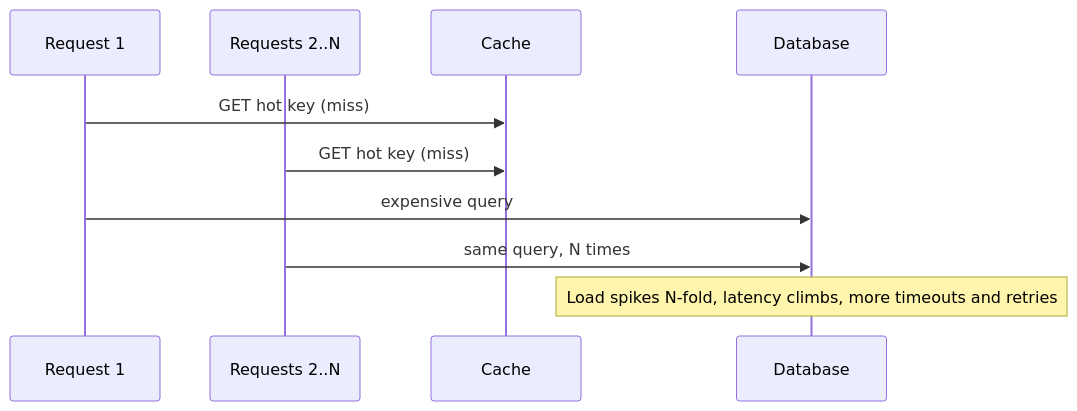
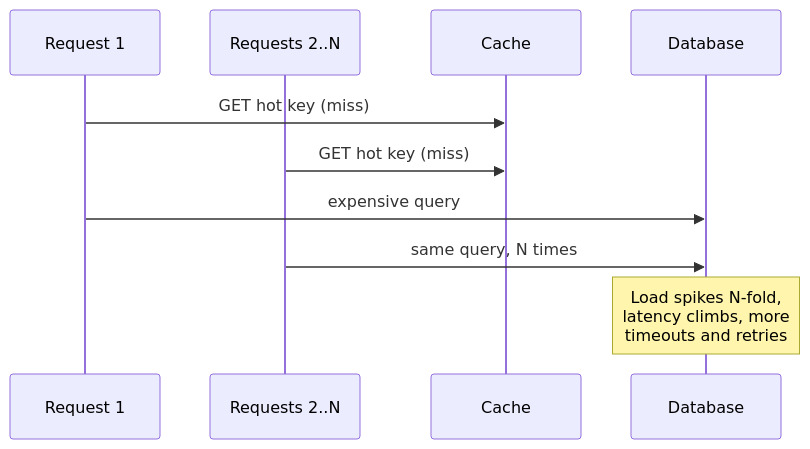
Before and after one commit to butyavk/system-design: the sixth of 7 diagrams in src/content/docs/caching/cache-strategies.mdx, drawn with Mermaid. The commit also changed other lines of this file and 144 other files, not shown here.

````diff
--- a/src/content/docs/caching/cache-strategies.mdx
+++ b/src/content/docs/caching/cache-strategies.mdx
@@ -239,12 +240,12 @@
 ```mermaid
 sequenceDiagram
   participant R1 as Request 1
   participant R2 as Requests 2..N
   participant C as Cache
   participant D as Database
   R1->>C: GET hot key (miss)
   R2->>C: GET hot key (miss)
   R1->>D: expensive query
   R2->>D: same query, N times
-  Note over D: Load spikes N-fold, latency climbs, more timeouts and retries
+  Note over D: Load spikes N-fold,<br/>latency climbs, more<br/>timeouts and retries
 ```
````
